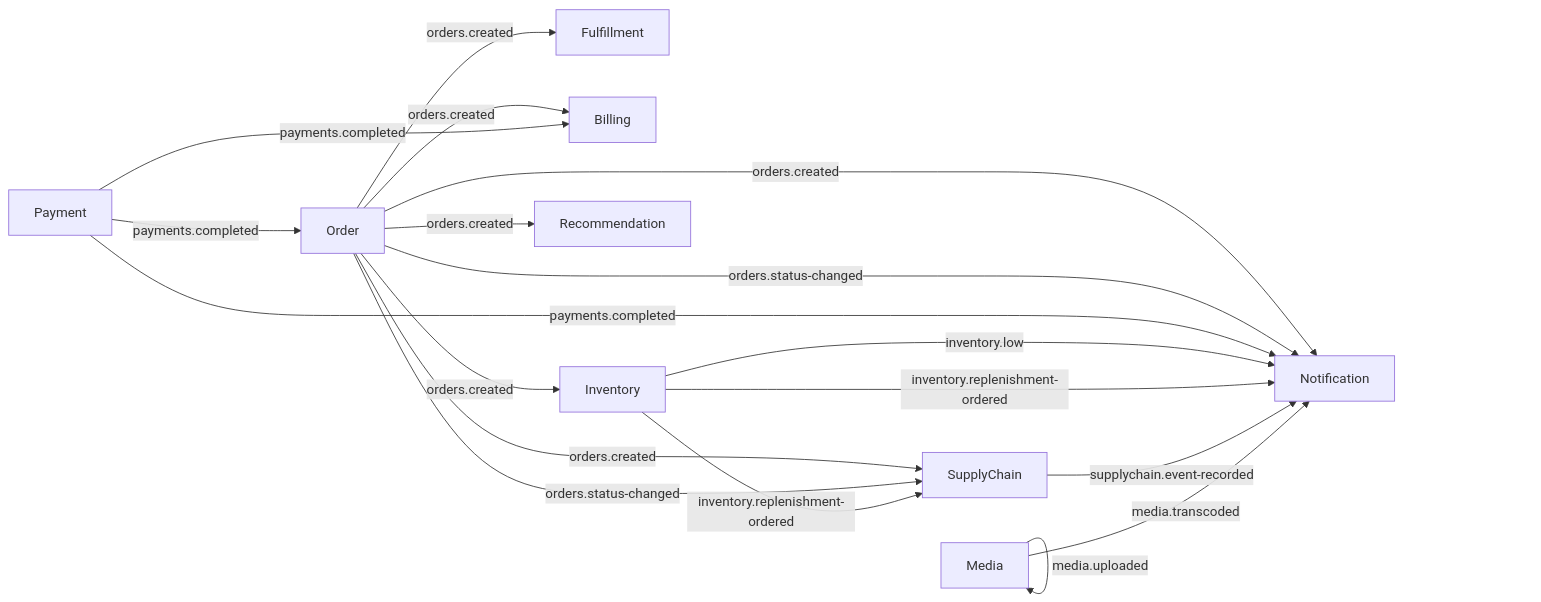
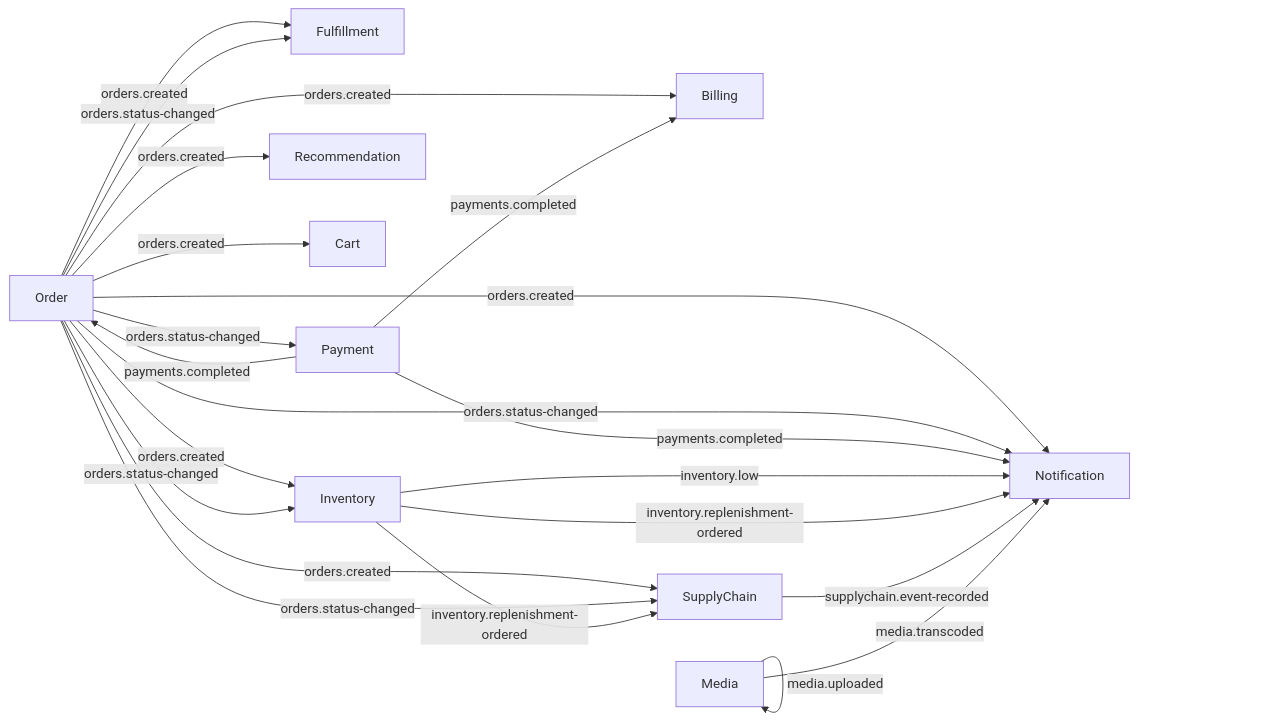
The third of 9 diagrams in docs/architecture.md (charles2ke/Nakshatra), drawn with Mermaid before and after one commit. The commit also changed other lines of this file and 82 other files, not shown here.

````diff
--- a/docs/architecture.md
+++ b/docs/architecture.md
@@ -165,24 +165,28 @@
 ```mermaid
 flowchart LR
     ORDER[Order] -->|orders.created| FUL[Fulfillment]
     ORDER -->|orders.created| BILL[Billing]
     ORDER -->|orders.created| INV[Inventory]
     ORDER -->|orders.created| REC[Recommendation]
     ORDER -->|orders.created| SC[SupplyChain]
     ORDER -->|orders.created| NOTIF[Notification]
+    ORDER -->|orders.created| CART[Cart]
     ORDER -->|orders.status-changed| SC
     ORDER -->|orders.status-changed| NOTIF
+    ORDER -->|orders.status-changed| FUL
+    ORDER -->|orders.status-changed| INV
+    ORDER -->|orders.status-changed| PAY[Payment]
 
     PAY[Payment] -->|payments.completed| ORDER
     PAY -->|payments.completed| BILL
     PAY -->|payments.completed| NOTIF
 
     INV -->|inventory.low| NOTIF
     INV -->|inventory.replenishment-ordered| SC
     INV -->|inventory.replenishment-ordered| NOTIF
 
     SC -->|supplychain.event-recorded| NOTIF
 
     MEDIA[Media] -->|media.uploaded| MEDIA
     MEDIA -->|media.transcoded| NOTIF
 ```
````
